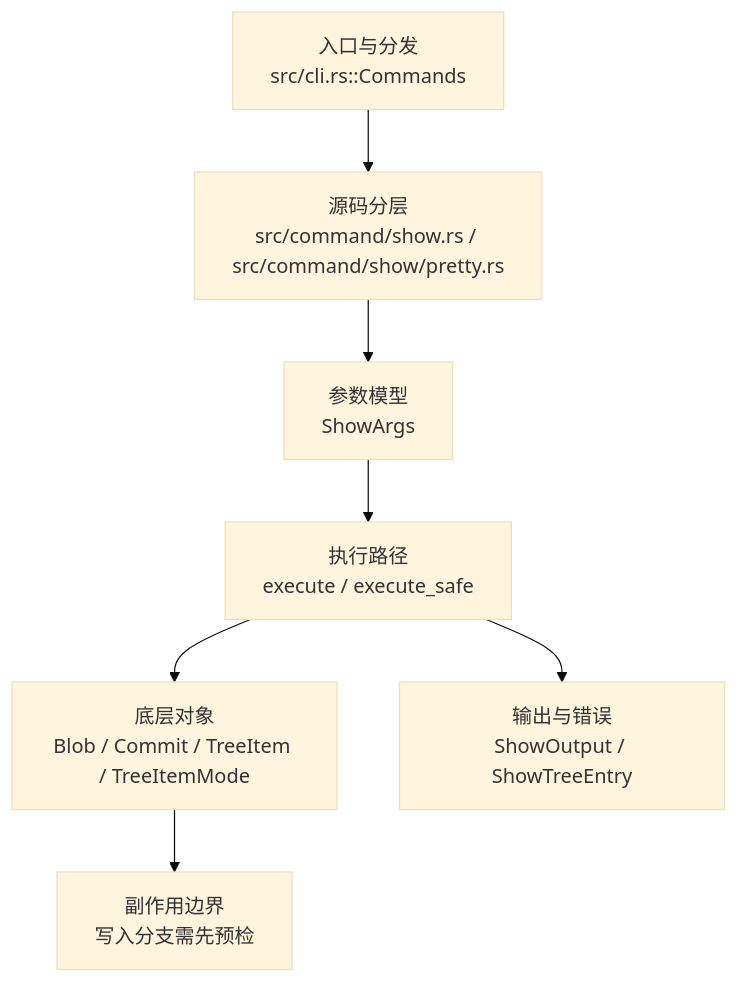
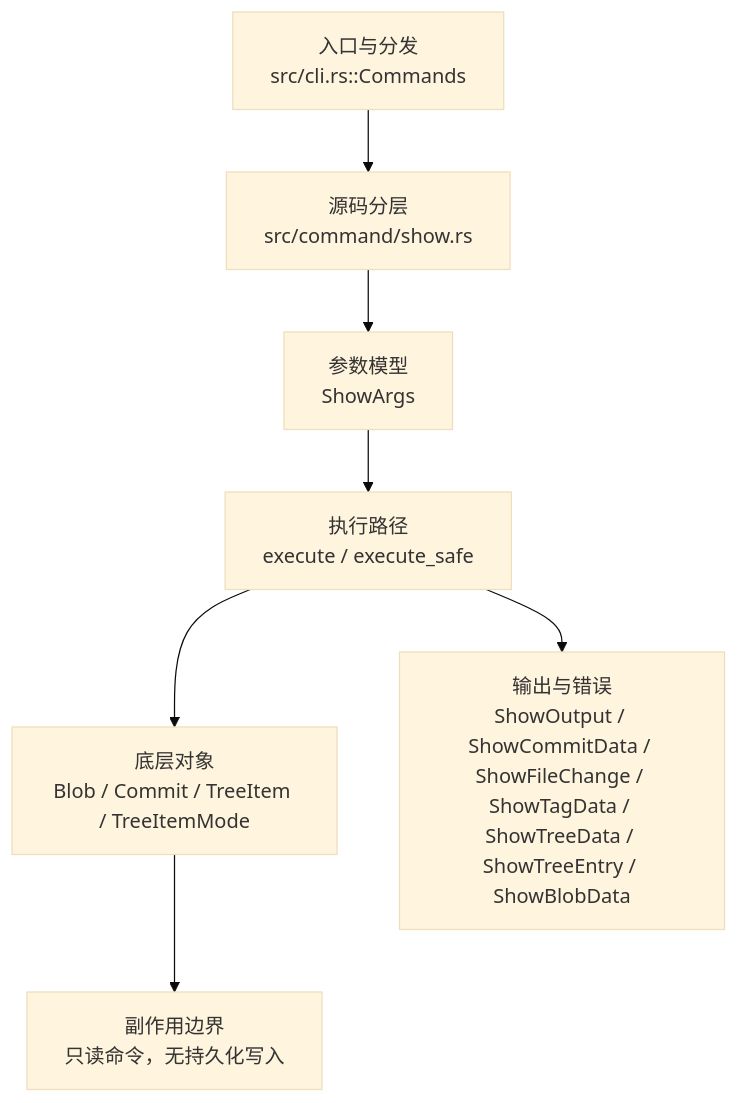
Before and after one commit to web3infra-foundation/libra: the diagram in docs/development/commands/show.md, drawn with Mermaid (base theme). The commit also changed other lines of this file and 65 other files, not shown here.

First line of the commit message:
docs(commands): reconcile development command docs with current code

````diff
--- a/docs/development/commands/show.md
+++ b/docs/development/commands/show.md
@@ -22,9 +22,9 @@
 ```mermaid
 flowchart TD
-    A["入口与分发<br/>src/cli.rs::Commands"] --> B["源码分层<br/>src/command/show.rs / src/command/show/pretty.rs"]
+    A["入口与分发<br/>src/cli.rs::Commands"] --> B["源码分层<br/>src/command/show.rs"]
     B --> C["参数模型<br/>ShowArgs"]
     C --> D["执行路径<br/>execute / execute_safe"]
     D --> E["底层对象<br/>Blob / Commit / TreeItem / TreeItemMode"]
-    D --> F["输出与错误<br/>ShowOutput / ShowTreeEntry"]
-    E --> G["副作用边界<br/>写入分支需先预检"]
+    D --> F["输出与错误<br/>ShowOutput / ShowCommitData / ShowFileChange / ShowTagData / ShowTreeData / ShowTreeEntry / ShowBlobData"]
+    E --> G["副作用边界<br/>只读命令，无持久化写入"]
 ```
````
